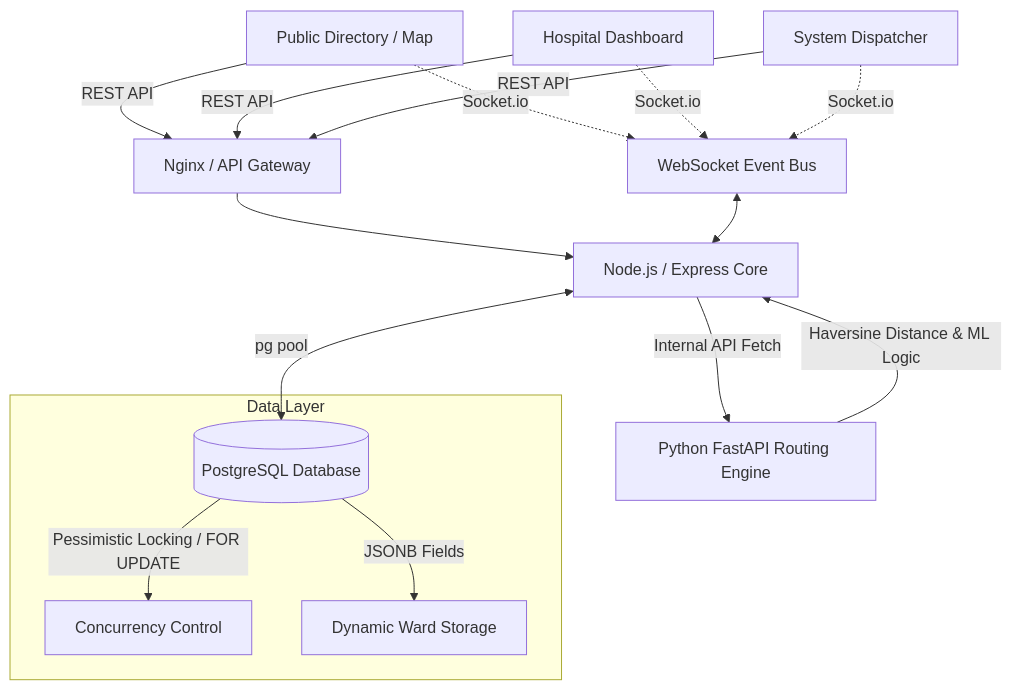
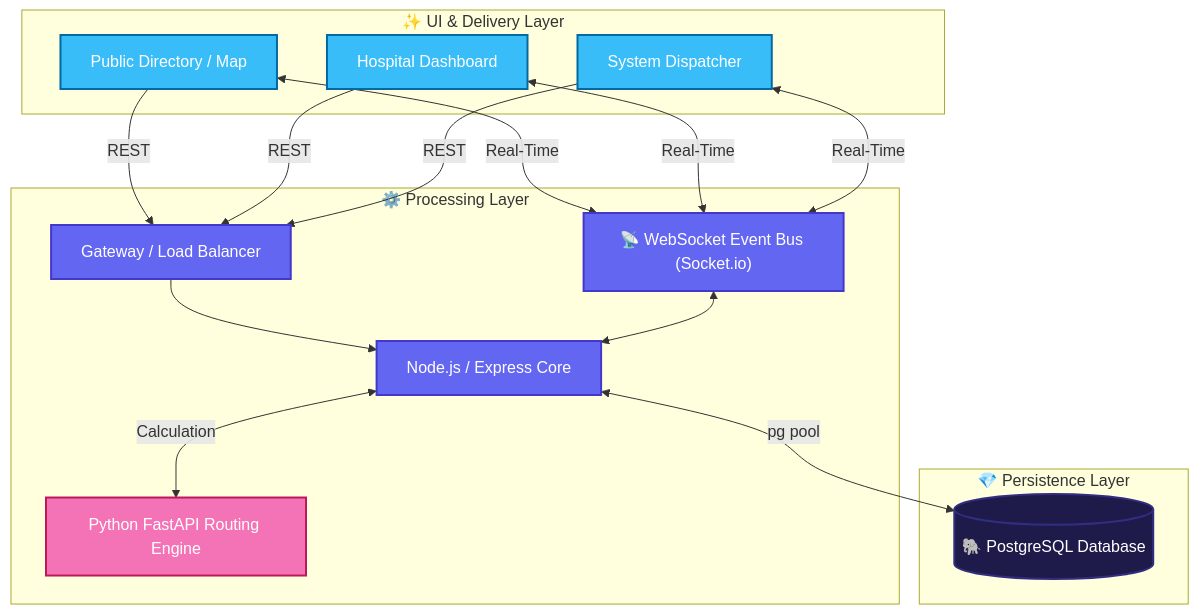
One commit to rid-coder-70/hospital-bed-system changed the diagram in docs/architecture.md. Above: the diagram before and after it, drawn with Mermaid. The commit also changed other lines of this file and 2 other files, not shown here.

Commit message:
docs: Add Mermaid diagrams for architecture, pessimistic locking, WebSocket topology, and API request lifecycle, and simplify workflow and API endpoint descriptions.

````diff
--- a/docs/architecture.md
+++ b/docs/architecture.md
@@ -10,29 +10,52 @@
 ```mermaid
 graph TD
-    %% Core Frontends
-    Patient[Public Directory / Map] --> |REST API| LoadBalancer[Nginx / API Gateway]
-    HospitalAdmin[Hospital Dashboard] --> |REST API| LoadBalancer
-    Dispatcher[System Dispatcher] --> |REST API| LoadBalancer
+    %% Define Styles
+    classDef client fill:#38BDF8,stroke:#0369A1,stroke-width:2px,color:#fff;
+    classDef server fill:#6366F1,stroke:#4338CA,stroke-width:2px,color:#fff;
+    classDef logic fill:#F472B6,stroke:#BE185D,stroke-width:2px,color:#fff;
+    classDef storage fill:#1E1B4B,stroke:#312E81,stroke-width:2px,color:#fff;
+
+    %% Core Components
+    Patient[Public Directory / Map]:::client
+    HospitalAdmin[Hospital Dashboard]:::client
+    Dispatcher[System Dispatcher]:::client
+
+    %% Backend Services
+    LoadBalancer[Gateway / Load Balancer]:::server
+    NodeServer[Node.js / Express Core]:::server
+    AIService[Python FastAPI Routing Engine]:::logic
 
     %% Real-Time Events
-    Patient -.-> |Socket.io| WSS[WebSocket Event Bus]
-    HospitalAdmin -.-> |Socket.io| WSS
-    Dispatcher -.-> |Socket.io| WSS
-
-    %% Backend Services
-    LoadBalancer --> NodeServer[Node.js / Express Core]
-    WSS <--> NodeServer
-    
-    %% AI Microservice
-    NodeServer --> |Internal API Fetch| AIService[Python FastAPI Routing Engine]
-    AIService --> |Haversine Distance & ML Logic| NodeServer
+    WSS["📡 WebSocket Event Bus (Socket.io)"]:::server
 
     %% Data Layer
-    NodeServer <--> |pg pool| Postgres[(PostgreSQL Database)]
+    Postgres[("🐘 PostgreSQL Database")]:::storage
 
-    %% Internal Data Modules
-    subgraph Data Layer
-        Postgres --> |Pessimistic Locking / FOR UPDATE| Concurrency[Concurrency Control]
-        Postgres --> |JSONB Fields| DynamicWards[Dynamic Ward Storage]
+    %% Relationships
+    Patient & HospitalAdmin & Dispatcher --> |REST| LoadBalancer
+    LoadBalancer --> NodeServer
+    
+    Patient & HospitalAdmin & Dispatcher <--> |Real-Time| WSS
+    WSS <--> NodeServer
+
+    NodeServer <--> |Calculation| AIService
+    NodeServer <--> |pg pool| Postgres
+
+    %% Subgraphs for visual grouping
+    subgraph "✨ UI & Delivery Layer"
+        Patient
+        HospitalAdmin
+        Dispatcher
+    end
+
+    subgraph "⚙️ Processing Layer"
+        LoadBalancer
+        NodeServer
+        AIService
+        WSS
+    end
+
+    subgraph "💎 Persistence Layer"
+        Postgres
     end
 ```
````
